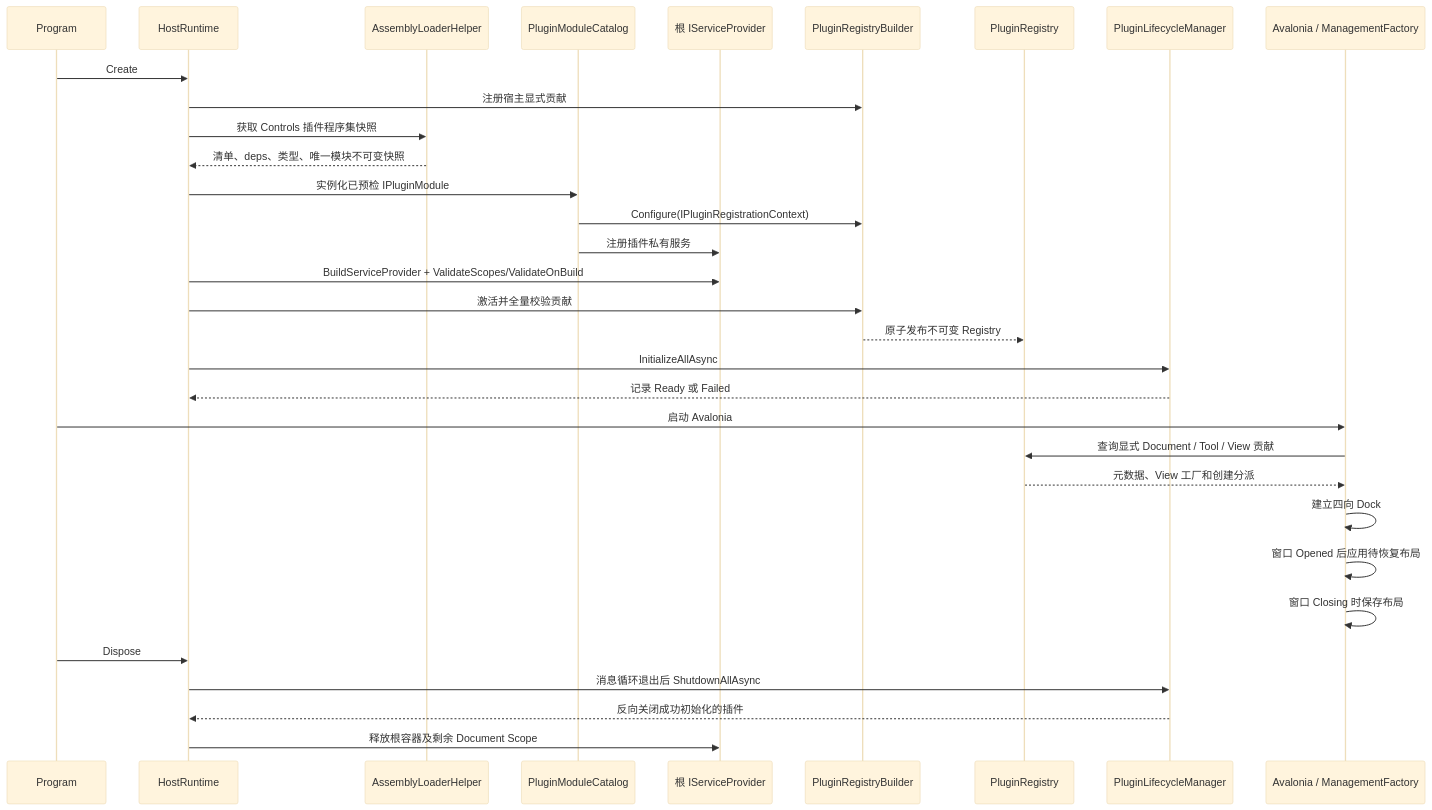
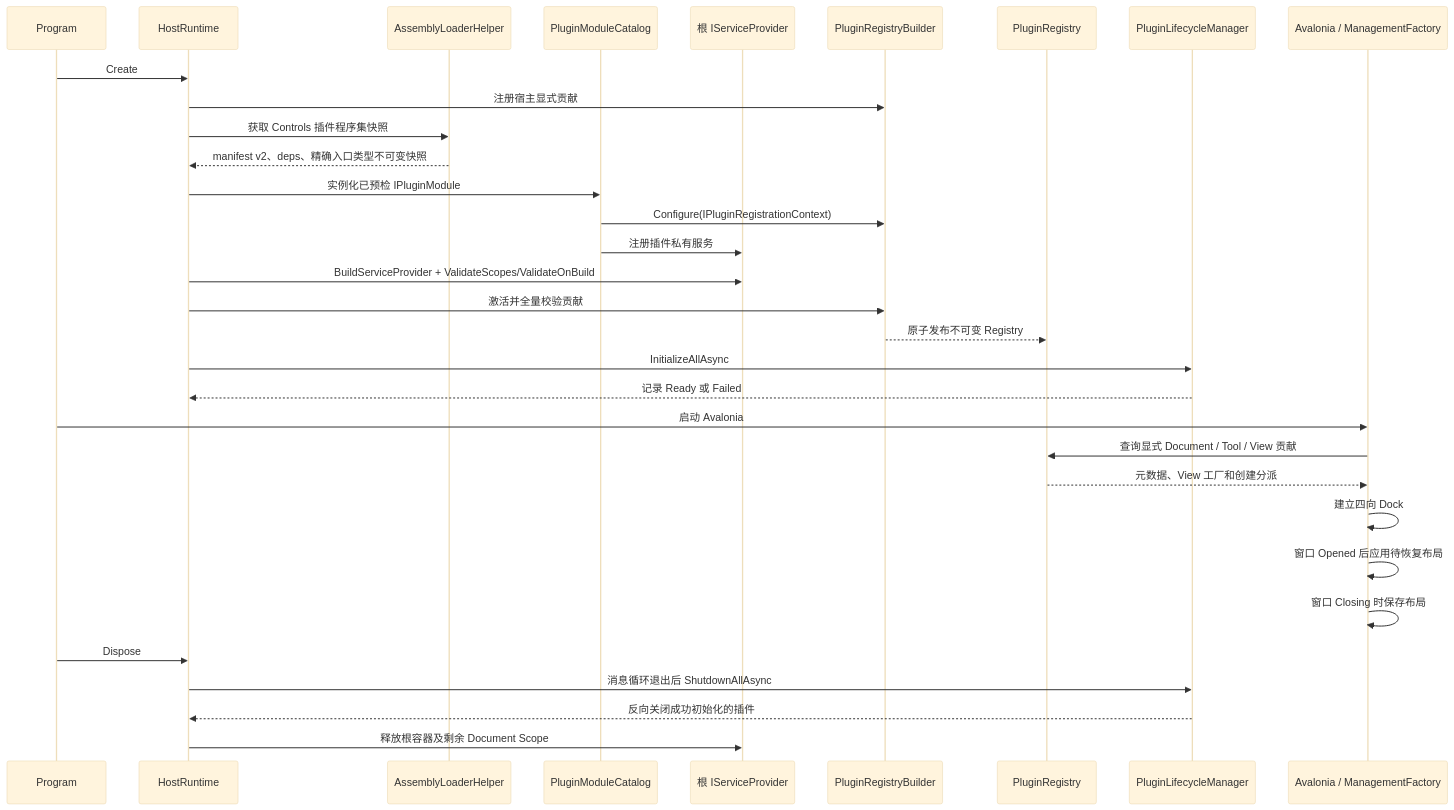
Before and after one commit to crownclowngx/avalonia_dock_simple_test: the second of 5 diagrams in docs/design/host-plugin-architecture-review.md, drawn with Mermaid (base theme). The commit also changed other lines of this file and 63 other files, not shown here.

````diff
--- a/docs/design/host-plugin-architecture-review.md
+++ b/docs/design/host-plugin-architecture-review.md
@@ -71,35 +71,35 @@
 ```mermaid
 sequenceDiagram
     participant P as Program
     participant R as HostRuntime
     participant L as AssemblyLoaderHelper
     participant C as PluginModuleCatalog
     participant DI as 根 IServiceProvider
     participant B as PluginRegistryBuilder
     participant E as PluginRegistry
     participant LM as PluginLifecycleManager
     participant UI as Avalonia / ManagementFactory
 
     P->>R: Create
     R->>B: 注册宿主显式贡献
     R->>L: 获取 Controls 插件程序集快照
-    L-->>R: 清单、deps、类型、唯一模块不可变快照
+    L-->>R: manifest v2、deps、精确入口类型不可变快照
     R->>C: 实例化已预检 IPluginModule
     C->>B: Configure(IPluginRegistrationContext)
     C->>DI: 注册插件私有服务
     R->>DI: BuildServiceProvider + ValidateScopes/ValidateOnBuild
     R->>B: 激活并全量校验贡献
     B-->>E: 原子发布不可变 Registry
     R->>LM: InitializeAllAsync
     LM-->>R: 记录 Ready 或 Failed
     P->>UI: 启动 Avalonia
     UI->>E: 查询显式 Document / Tool / View 贡献
     E-->>UI: 元数据、View 工厂和创建分派
     UI->>UI: 建立四向 Dock
     UI->>UI: 窗口 Opened 后应用待恢复布局
     UI->>UI: 窗口 Closing 时保存布局
     P->>R: Dispose
     R->>LM: 消息循环退出后 ShutdownAllAsync
     LM-->>R: 反向关闭成功初始化的插件
     R->>DI: 释放根容器及剩余 Document Scope
 ```
````
